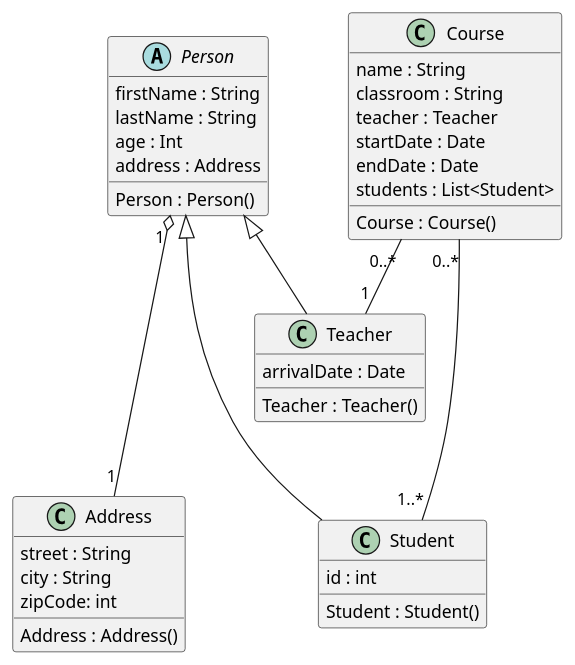
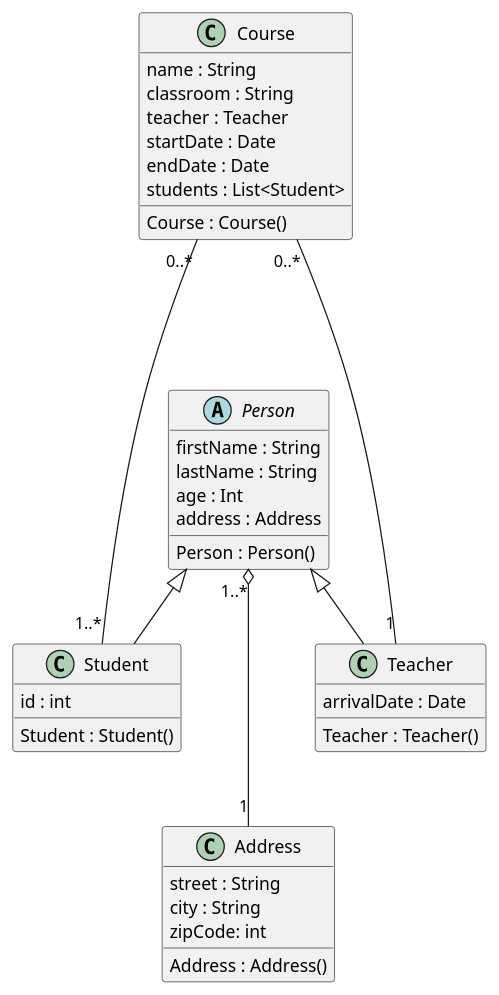
Before and after one commit to john7440/GestionEcole---Groupe: the diagram in doc/DiagramClass.puml, drawn with PlantUML.

Commit message:
Amelioration de la lisibilité du diagramme de classe

```diff
--- a/doc/DiagramClass.puml
+++ b/doc/DiagramClass.puml
@@ -1,48 +1,48 @@
 @startuml
 
 abstract class  Person{
     firstName : String
     lastName : String
     age : Int
     address : Address
 
     Person : Person()
 }
 
 class Address{
     street : String
     city : String
     zipCode: int
 
     Address : Address()
 }
 
 class Student extends Person{
     id : int
 
     Student : Student()
 }
 
 class Teacher extends Person{
     arrivalDate : Date
 
     Teacher : Teacher()
 }
 
 class Course{
     name : String
     classroom : String
     teacher : Teacher
     startDate : Date
     endDate : Date
     students : List<Student>
 
     Course : Course()
 }
 
-Person "1 " o--- "1" Address
-Course "0..*" -- "1" Teacher
-Course "0..*" --- "1..*" Student
+Person "1..*" o--- "1" Address
+Course "0..*" ---- "1" Teacher
+Course "0..*" ---- "1..*" Student
 
 
 @enduml
```
